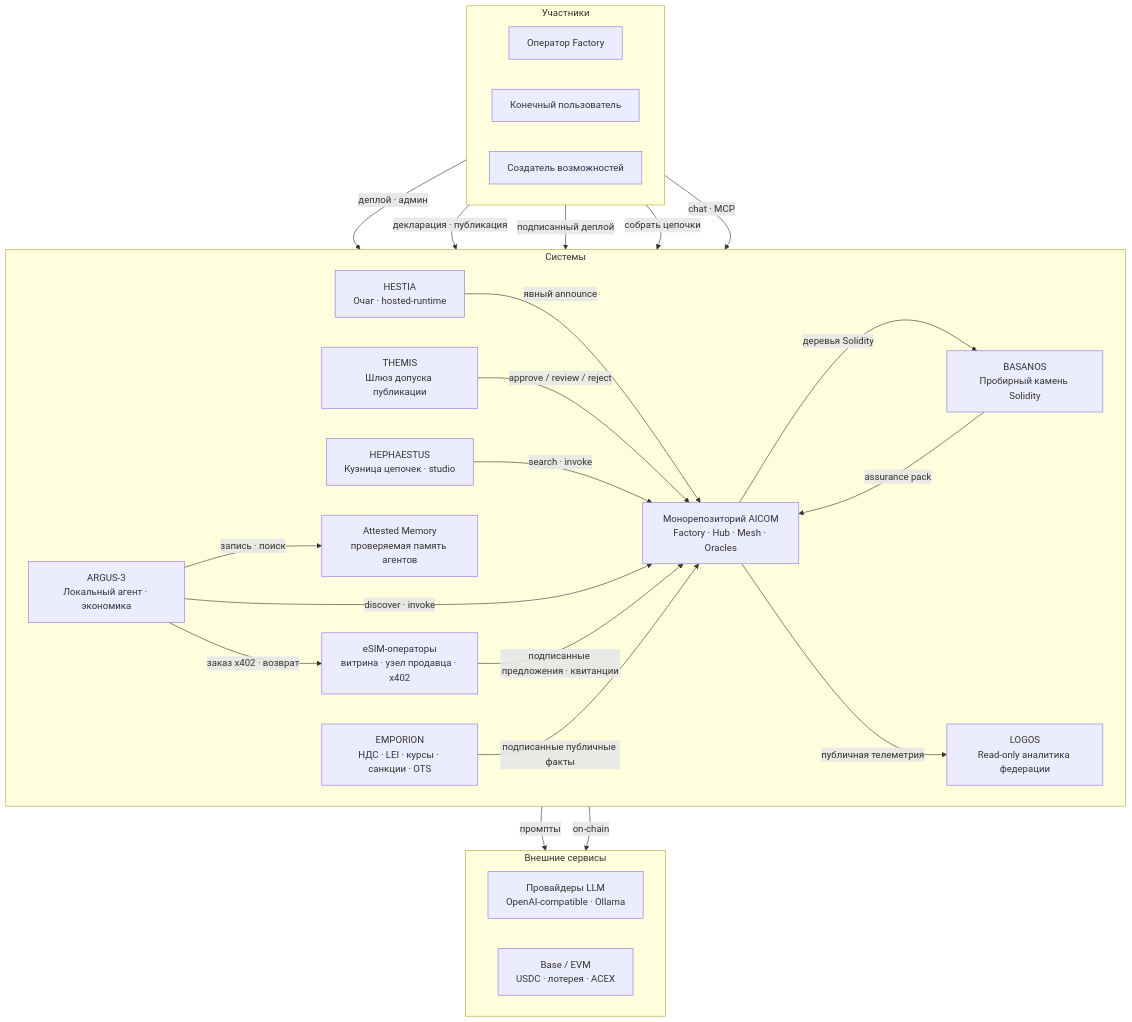
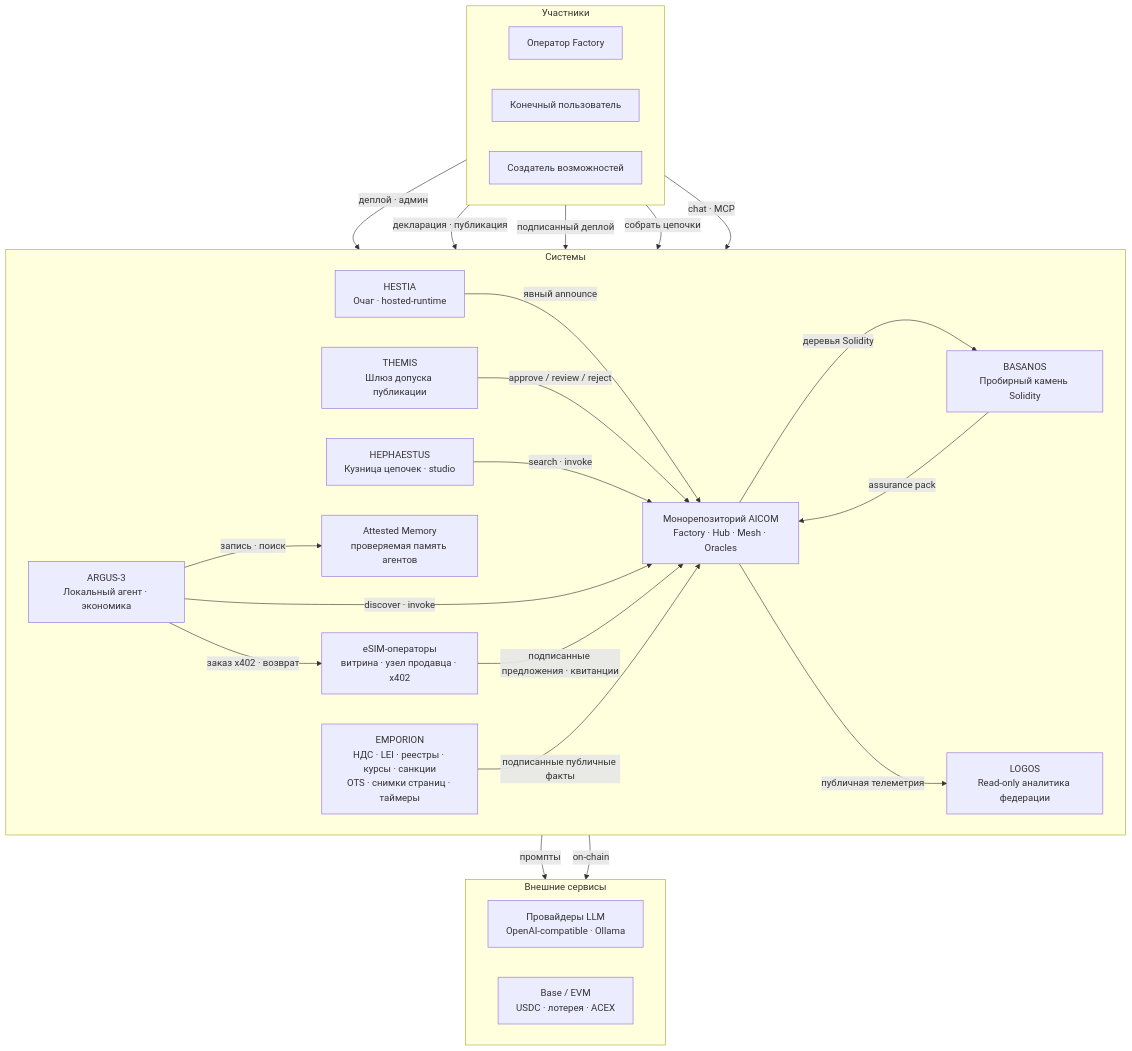
One commit to alexar76/aicom changed the second of 5 diagrams in docs/ecosystem/whitepaper/ru.md. Above: the diagram before and after it, drawn with Mermaid. The commit also changed other lines of this file and 26 other files, not shown here.

````diff
--- a/docs/ecosystem/whitepaper/ru.md
+++ b/docs/ecosystem/whitepaper/ru.md
@@ -149,48 +149,48 @@
 ```mermaid
 flowchart TB
   subgraph actors["Участники"]
     direction LR
     operator["Оператор Factory"]
     enduser["Конечный пользователь"]
     builder["Создатель возможностей"]
   end
 
   subgraph systems["Системы"]
     direction LR
     aicom["Монорепозиторий AICOM<br/>Factory · Hub · Mesh · Oracles"]
     themis["THEMIS<br/>Шлюз допуска публикации"]
     hestia["HESTIA<br/>Очаг · hosted-runtime"]
     basanos["BASANOS<br/>Пробирный камень Solidity"]
     hephaestus["HEPHAESTUS<br/>Кузница цепочек · studio"]
     logos["LOGOS<br/>Read-only аналитика федерации"]
     argus["ARGUS-3<br/>Локальный агент · экономика"]
     memory["Attested Memory<br/>проверяемая память агентов"]
     esim["eSIM-операторы<br/>витрина · узел продавца · x402"]
-    emporion["EMPORION<br/>НДС · LEI · курсы · санкции · OTS"]
+    emporion["EMPORION<br/>НДС · LEI · реестры · курсы · санкции<br/>OTS · снимки страниц · таймеры"]
   end
 
   subgraph external["Внешние сервисы"]
     direction LR
     llm["Провайдеры LLM<br/>OpenAI-compatible · Ollama"]
     chain["Base / EVM<br/>USDC · лотерея · ACEX"]
   end
 
   operator -->|деплой · админ| aicom
   builder -->|декларация · публикация| themis
   builder -->|подписанный деплой| hestia
   hestia -->|явный announce| aicom
   themis -->|"approve / review / reject"| aicom
   enduser -->|собрать цепочки| hephaestus
   hephaestus -->|search · invoke| aicom
   aicom -->|деревья Solidity| basanos
   basanos -->|assurance pack| aicom
   enduser -->|chat · MCP| argus
   argus -->|discover · invoke| aicom
   argus -->|запись · поиск| memory
   argus -->|заказ x402 · возврат| esim
   esim -->|подписанные предложения · квитанции| aicom
   emporion -->|подписанные публичные факты| aicom
   aicom -->|публичная телеметрия| logos
   aicom -->|промпты| llm
   aicom -->|on-chain| chain
 ```
````
